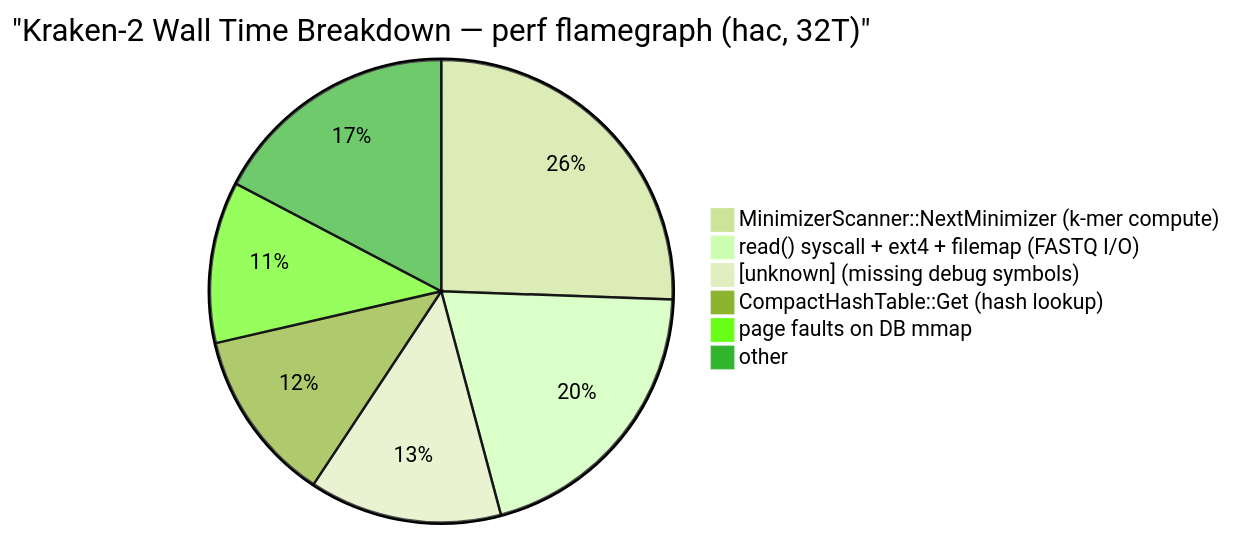
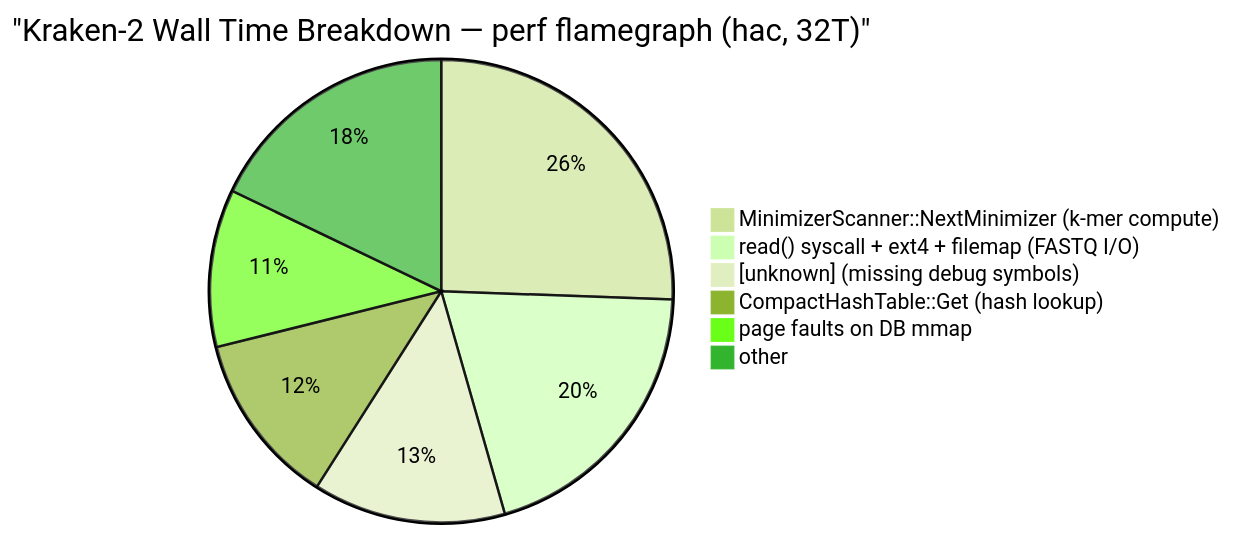
The eighth of 9 diagrams in README.md (KathpaliaChirag/Nanopore-project), drawn with Mermaid (forest theme) before and after one commit. The commit also changed other lines of this file, not shown here.

First line of the commit message:
README: full rewrite with all profiling data, Mermaid charts, and verified numbers

````diff
--- a/README.md
+++ b/README.md
@@ -264,9 +293,9 @@
 ```mermaid
 pie title "Kraken-2 Wall Time Breakdown — perf flamegraph (hac, 32T)"
     "MinimizerScanner::NextMinimizer (k-mer compute)" : 25.57
-    "read() syscall + ext4 + filemap (FASTQ I/O)" : 20.28
+    "read() syscall + ext4 + filemap (FASTQ I/O)" : 20.00
     "[unknown] (missing debug symbols)" : 13.45
     "CompactHashTable::Get (hash lookup)" : 12.10
-    "page faults on DB mmap" : 11.28
-    "other" : 17.32
+    "page faults on DB mmap" : 11.00
+    "other" : 17.88
 ```
````
